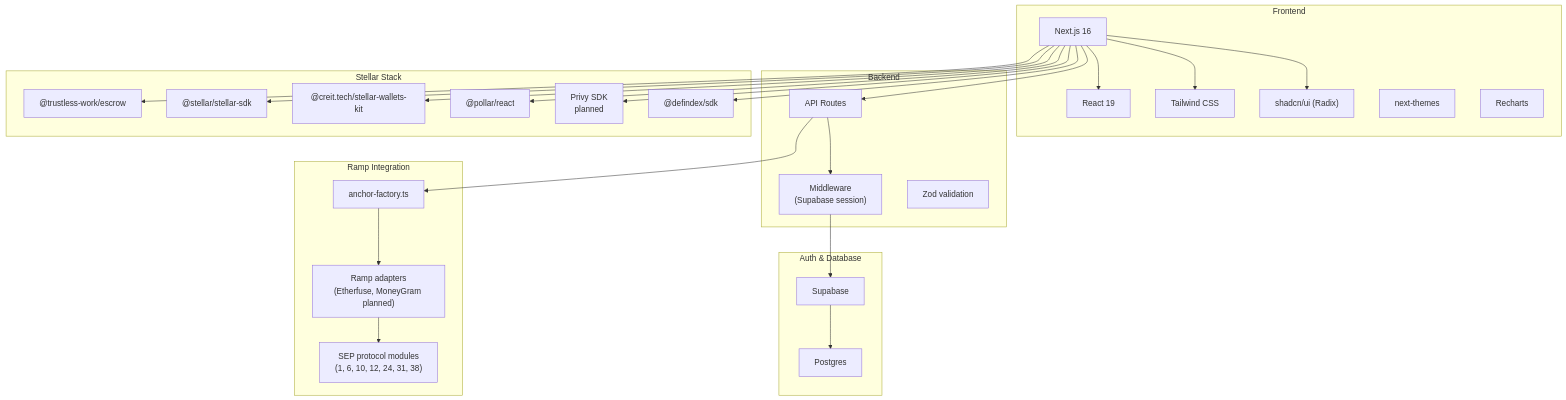
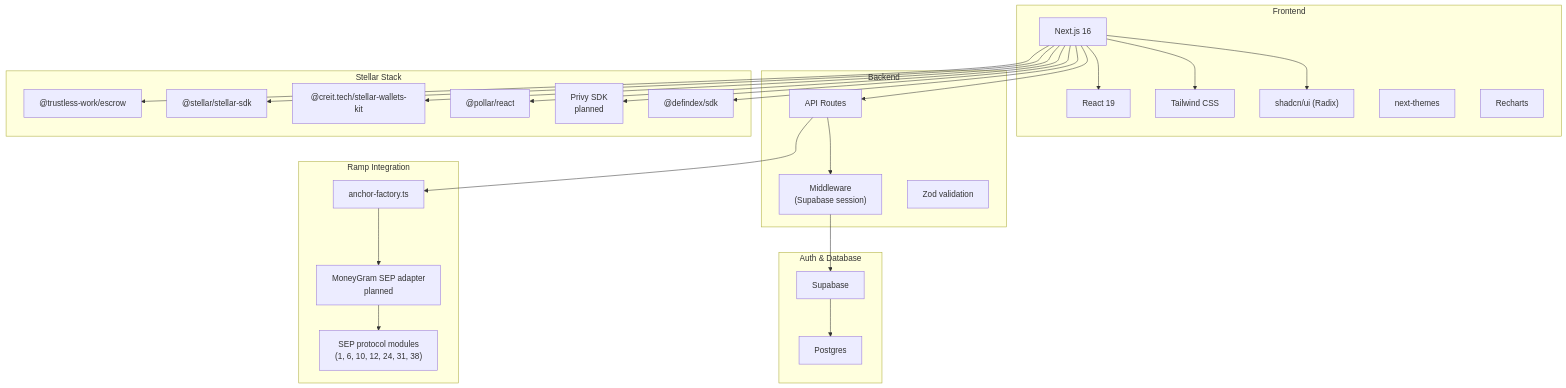
The fourth of 17 diagrams in doc/architecture.md (mercato-supply-chain/mercato-dapp), drawn with Mermaid before and after one commit. The commit also changed other lines of this file, not shown here.

Commit message:
Document MoneyGram as the sole planned fiat ramp

````diff
--- a/doc/architecture.md
+++ b/doc/architecture.md
@@ -280,54 +278,54 @@
 ```mermaid
 flowchart TB
   subgraph Frontend["Frontend"]
     Next["Next.js 16"]
     React["React 19"]
     Tailwind["Tailwind CSS"]
     Shadcn["shadcn/ui (Radix)"]
     Themes["next-themes"]
     Recharts["Recharts"]
   end
 
   subgraph Backend["Backend"]
     NextAPI["API Routes"]
     Middleware["Middleware\n(Supabase session)"]
     Zod["Zod validation"]
   end
 
   subgraph AuthDB["Auth & Database"]
     Supabase["Supabase"]
     Postgres["Postgres"]
     Supabase --> Postgres
   end
 
   subgraph StellarStack["Stellar Stack"]
     TrustlessPkg["@trustless-work/escrow"]
     StellarSDK["@stellar/stellar-sdk"]
     WalletKit["@creit.tech/stellar-wallets-kit"]
     PollarSDK["@pollar/react"]
     PrivySDK["Privy SDK\nplanned"]
     DeFindexSDK["@defindex/sdk"]
   end
 
   subgraph RampLib["Ramp Integration"]
     AnchorFactory["anchor-factory.ts"]
-    Anchors["Ramp adapters\n(Etherfuse, MoneyGram planned)"]
+    Anchors["MoneyGram SEP adapter\nplanned"]
     SEP["SEP protocol modules\n(1, 6, 10, 12, 24, 31, 38)"]
   end
 
   Next --> React
   Next --> Tailwind
   Next --> Shadcn
   Next --> NextAPI
   NextAPI --> Middleware
   Middleware --> Supabase
   NextAPI --> AnchorFactory
   AnchorFactory --> Anchors
   Anchors --> SEP
   Next --> TrustlessPkg
   Next --> StellarSDK
   Next --> WalletKit
   Next --> PollarSDK
   Next --> PrivySDK
   Next --> DeFindexSDK
 ```
````
